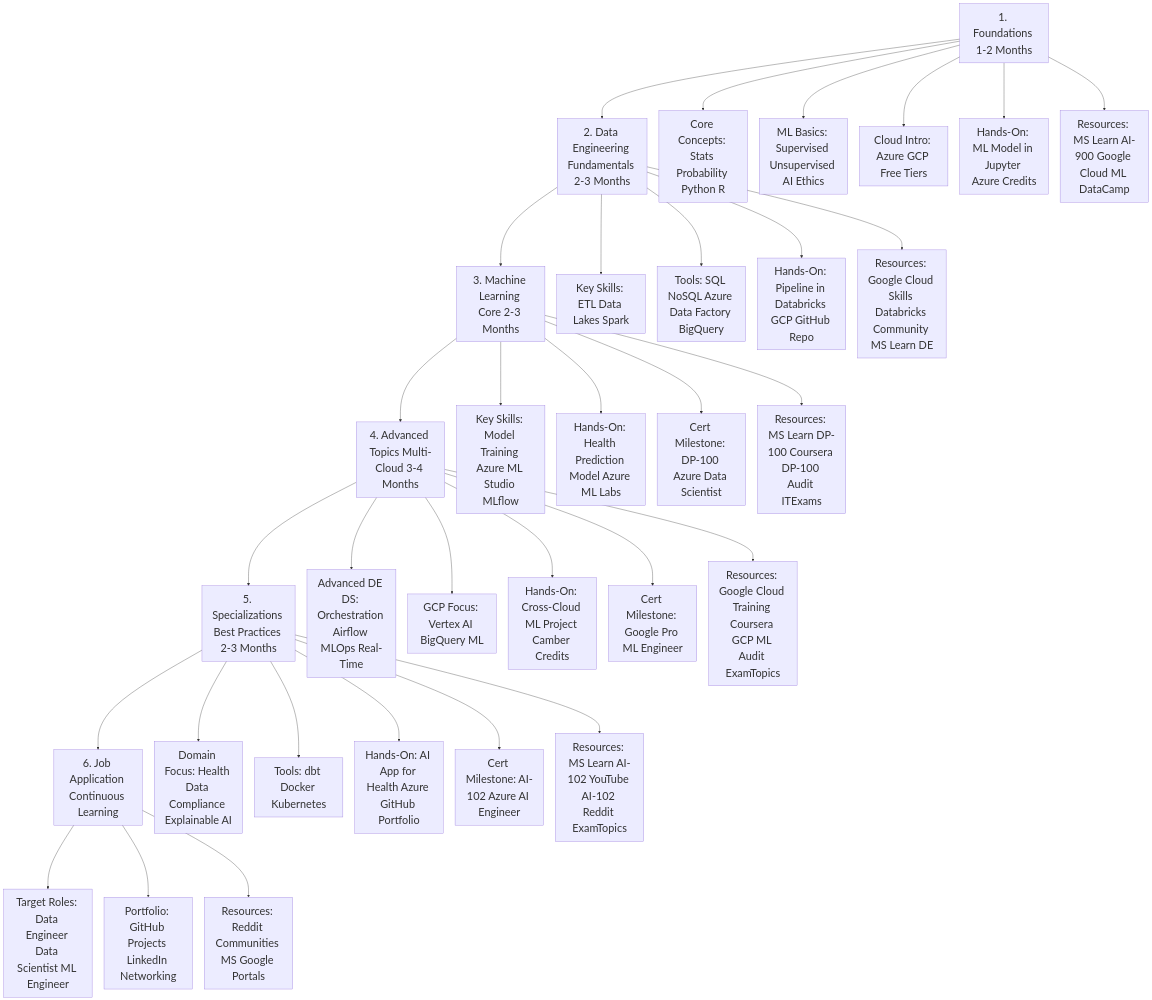
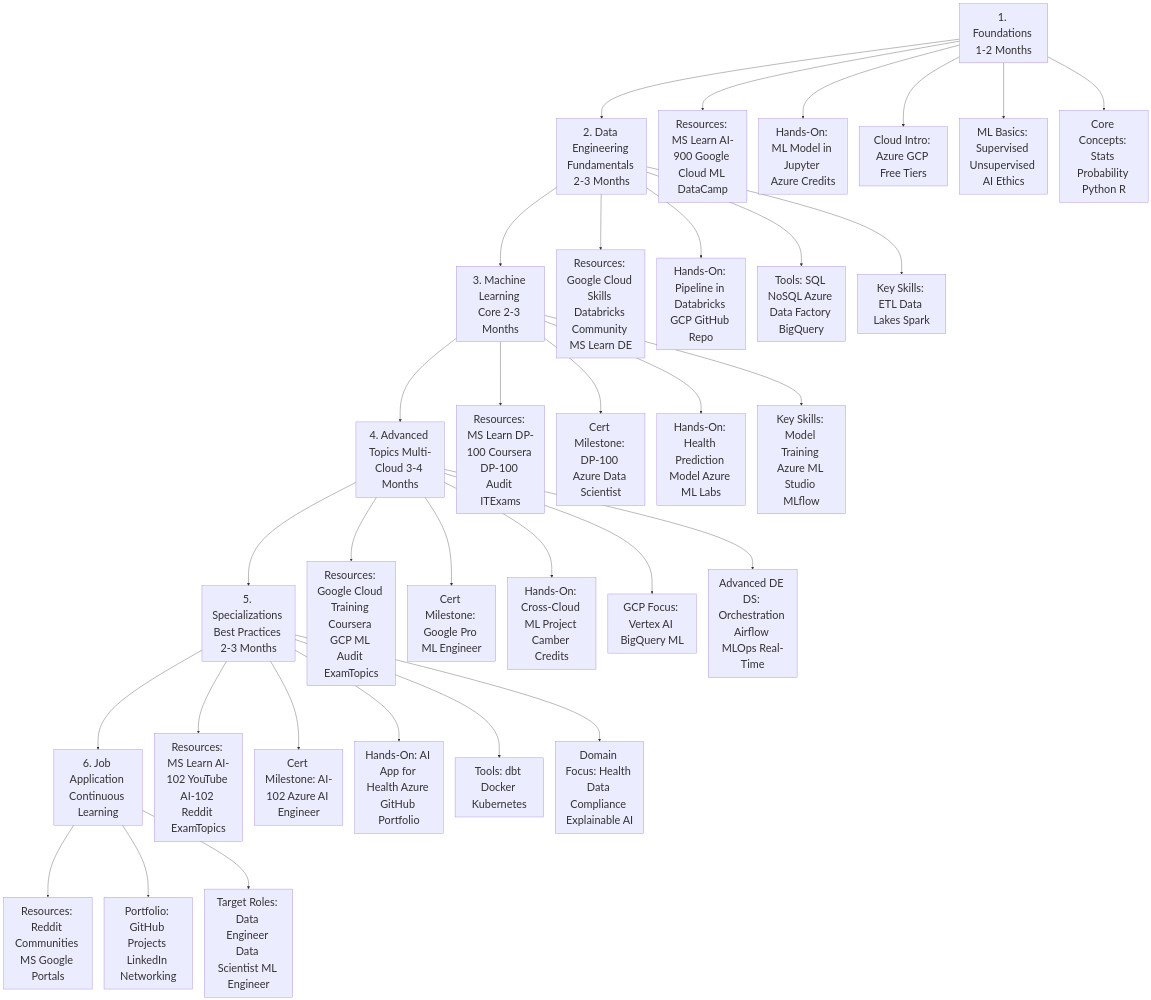
Before and after one commit to roijo/RoadmapDEng: the diagram in RdMapv4b.mmd, drawn with Mermaid.

Commit message:
Reverse children order for mirrored layout

```diff
--- a/RdMapv4b.mmd
+++ b/RdMapv4b.mmd
@@ -1,41 +1,41 @@
 %%{init: {"flowchart": {"rankSpacing": 140, "nodeSpacing": 35}, "themeVariables": {"fontSize": "32px"}}}%%
 
 graph TD
     A[1. Foundations 1-2 Months] --> B[2. Data Engineering Fundamentals 2-3 Months]
     B --> C[3. Machine Learning Core 2-3 Months]
     C --> D[4. Advanced Topics Multi-Cloud 3-4 Months]
     D --> E[5. Specializations Best Practices 2-3 Months]
     E --> F[6. Job Application Continuous Learning]
 
-    %% children order set to normal (A1..A5) to produce a left-right mirrored layout compared to the reversed version
+    %% children order reversed to produce a left-right mirrored layout
+    A --> A5[Resources: MS Learn AI-900 Google Cloud ML DataCamp]
+    A --> A4[Hands-On: ML Model in Jupyter Azure Credits]
+    A --> A3[Cloud Intro: Azure GCP Free Tiers]
+    A --> A2[ML Basics: Supervised Unsupervised AI Ethics]
     A --> A1[Core Concepts: Stats Probability Python R]
-    A --> A2[ML Basics: Supervised Unsupervised AI Ethics]
-    A --> A3[Cloud Intro: Azure GCP Free Tiers]
-    A --> A4[Hands-On: ML Model in Jupyter Azure Credits]
-    A --> A5[Resources: MS Learn AI-900 Google Cloud ML DataCamp]
 
+    B --> B4[Resources: Google Cloud Skills Databricks Community MS Learn DE]
+    B --> B3[Hands-On: Pipeline in Databricks GCP GitHub Repo]
+    B --> B2[Tools: SQL NoSQL Azure Data Factory BigQuery]
     B --> B1[Key Skills: ETL Data Lakes Spark]
-    B --> B2[Tools: SQL NoSQL Azure Data Factory BigQuery]
-    B --> B3[Hands-On: Pipeline in Databricks GCP GitHub Repo]
-    B --> B4[Resources: Google Cloud Skills Databricks Community MS Learn DE]
 
+    C --> C4[Resources: MS Learn DP-100 Coursera DP-100 Audit ITExams]
+    C --> C3[Cert Milestone: DP-100 Azure Data Scientist]
+    C --> C2[Hands-On: Health Prediction Model Azure ML Labs]
     C --> C1[Key Skills: Model Training Azure ML Studio MLflow]
-    C --> C2[Hands-On: Health Prediction Model Azure ML Labs]
-    C --> C3[Cert Milestone: DP-100 Azure Data Scientist]
-    C --> C4[Resources: MS Learn DP-100 Coursera DP-100 Audit ITExams]
 
+    D --> D5[Resources: Google Cloud Training Coursera GCP ML Audit ExamTopics]
+    D --> D4[Cert Milestone: Google Pro ML Engineer]
+    D --> D3[Hands-On: Cross-Cloud ML Project Camber Credits]
+    D --> D2[GCP Focus: Vertex AI BigQuery ML]
     D --> D1[Advanced DE DS: Orchestration Airflow MLOps Real-Time]
-    D --> D2[GCP Focus: Vertex AI BigQuery ML]
-    D --> D3[Hands-On: Cross-Cloud ML Project Camber Credits]
-    D --> D4[Cert Milestone: Google Pro ML Engineer]
-    D --> D5[Resources: Google Cloud Training Coursera GCP ML Audit ExamTopics]
 
+    E --> E5[Resources: MS Learn AI-102 YouTube AI-102 Reddit ExamTopics]
+    E --> E4[Cert Milestone: AI-102 Azure AI Engineer]
+    E --> E3[Hands-On: AI App for Health Azure GitHub Portfolio]
+    E --> E2[Tools: dbt Docker Kubernetes]
     E --> E1[Domain Focus: Health Data Compliance Explainable AI]
-    E --> E2[Tools: dbt Docker Kubernetes]
-    E --> E3[Hands-On: AI App for Health Azure GitHub Portfolio]
-    E --> E4[Cert Milestone: AI-102 Azure AI Engineer]
-    E --> E5[Resources: MS Learn AI-102 YouTube AI-102 Reddit ExamTopics]
 
+    F --> F3[Resources: Reddit Communities MS Google Portals]
+    F --> F2[Portfolio: GitHub Projects LinkedIn Networking]
     F --> F1[Target Roles: Data Engineer Data Scientist ML Engineer]
-    F --> F2[Portfolio: GitHub Projects LinkedIn Networking]
-    F --> F3[Resources: Reddit Communities MS Google Portals]
```
